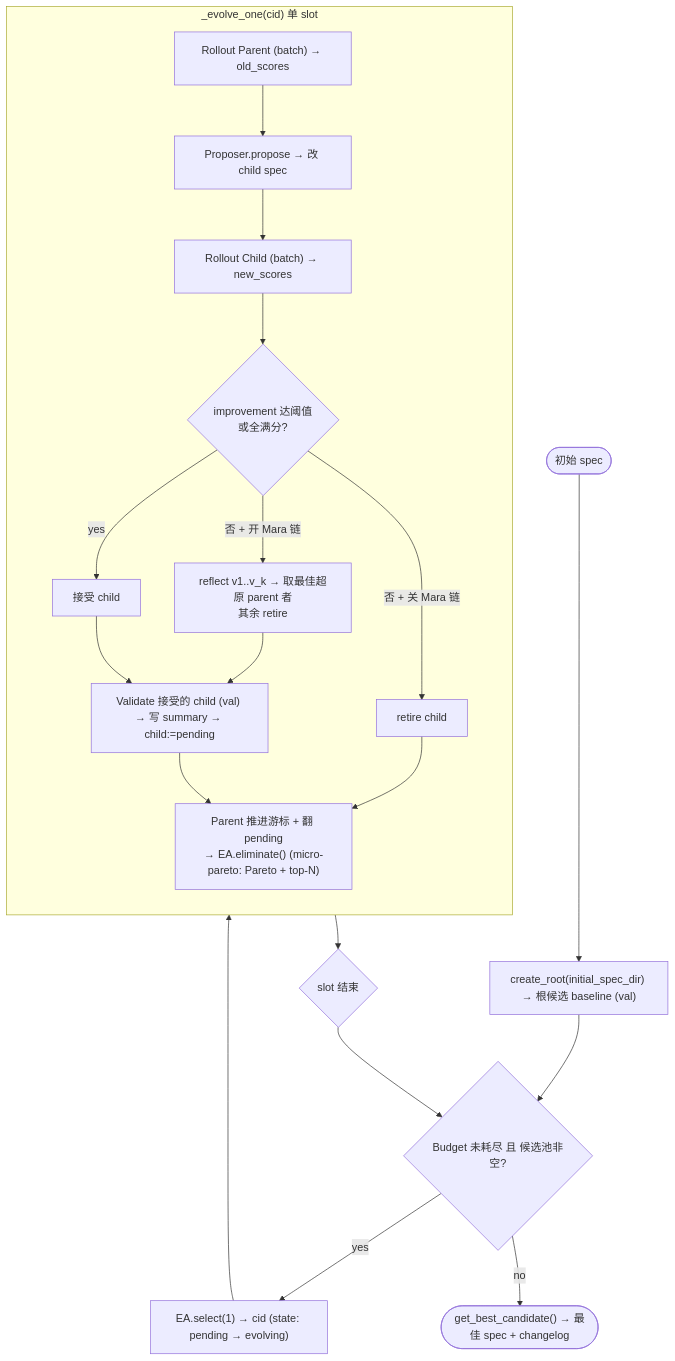
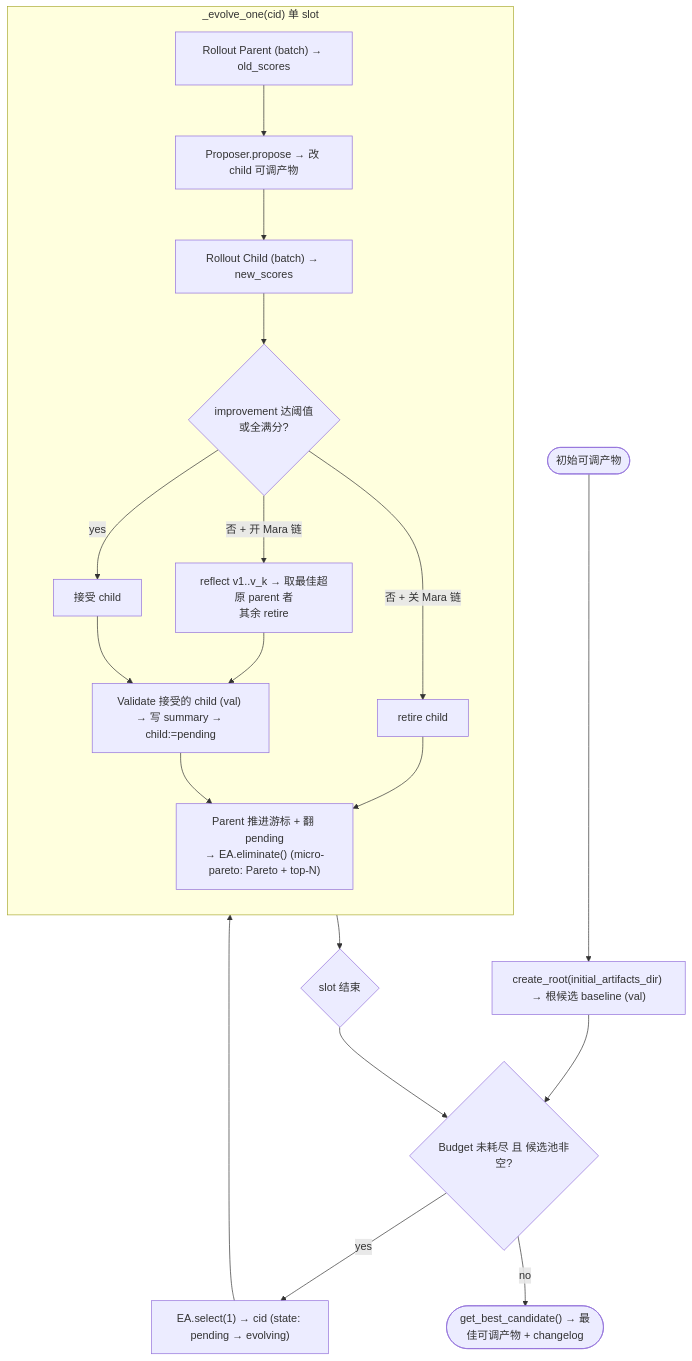
Before and after one commit to ant-research/AntOmniEvo: the first of 2 diagrams in docs/system-design.zh-CN.md, drawn with Mermaid. The commit also changed other lines of this file and 87 other files, not shown here.

Commit message:
Rename: editable spec -> tunable artifacts

````diff
--- a/docs/system-design.zh-CN.md
+++ b/docs/system-design.zh-CN.md
@@ -16,25 +16,25 @@
 ```mermaid
 flowchart TD
-    Start([初始 spec]) --> Root["create_root(initial_spec_dir) → 根候选 baseline (val)"]
+    Start([初始可调产物]) --> Root["create_root(initial_artifacts_dir) → 根候选 baseline (val)"]
     Root --> Loop{Budget 未耗尽 且 候选池非空?}
     Loop -- yes --> Select["EA.select(1) → cid (state: pending → evolving)"]
     Select --> B1
     Pareto --> EndLoop{slot 结束}
     EndLoop --> Loop
 
     subgraph Evolve["_evolve_one(cid) 单 slot"]
         direction TB
-        B1["Rollout Parent (batch) → old_scores"] --> B2["Proposer.propose → 改 child spec"]
+        B1["Rollout Parent (batch) → old_scores"] --> B2["Proposer.propose → 改 child 可调产物"]
         B2 --> B3["Rollout Child (batch) → new_scores"]
         B3 --> Chk{"improvement 达阈值<br/>或全满分?"}
         Chk -- yes --> Acc["接受 child"]
         Chk -- "否 + 开 Mara 链" --> Reflect["reflect v1..v_k → 取最佳超原 parent 者<br/>其余 retire"]
         Chk -- "否 + 关 Mara 链" --> Rej["retire child"]
         Acc --> Val["Validate 接受的 child (val) → 写 summary → child:=pending"]
         Reflect --> Val
         Val --> Pareto["Parent 推进游标 + 翻 pending<br/>→ EA.eliminate() (micro-pareto: Pareto + top-N)"]
         Rej --> Pareto
     end
 
-    Loop -- no --> Best(["get_best_candidate() → 最佳 spec + changelog"])
+    Loop -- no --> Best(["get_best_candidate() → 最佳可调产物 + changelog"])
 ```
````
